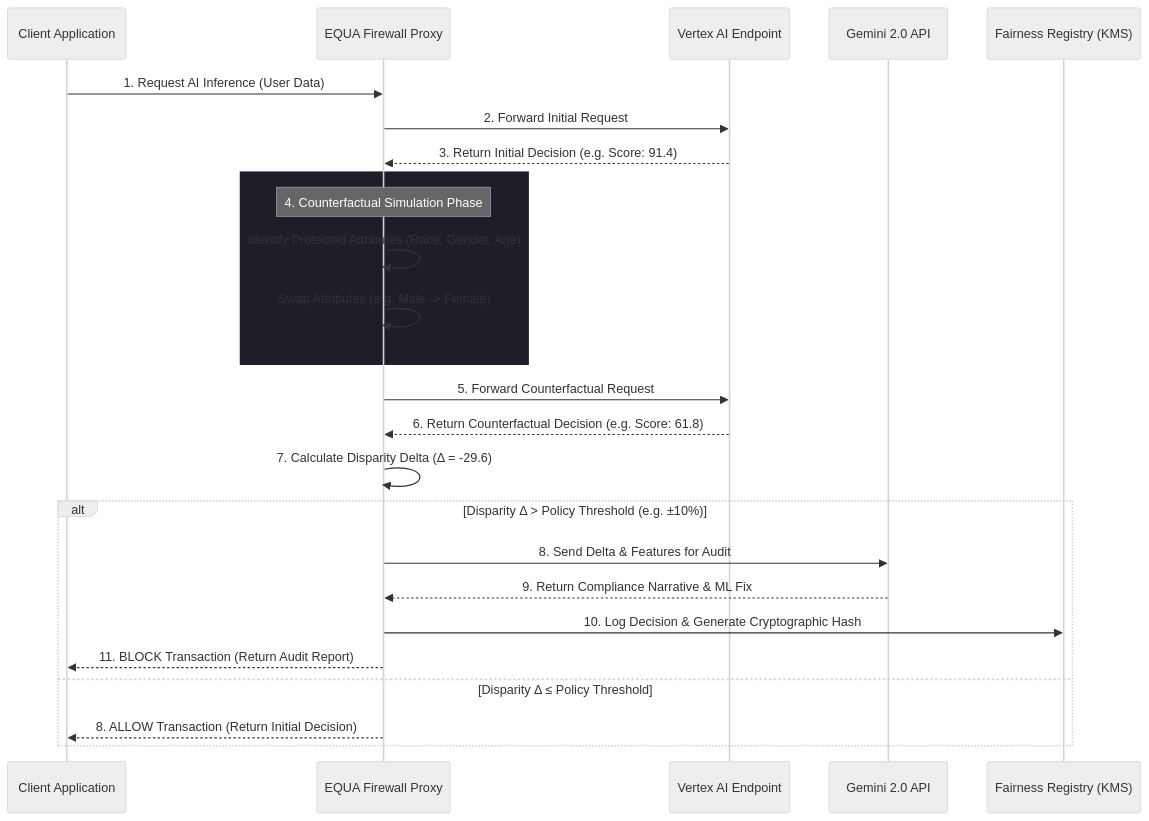
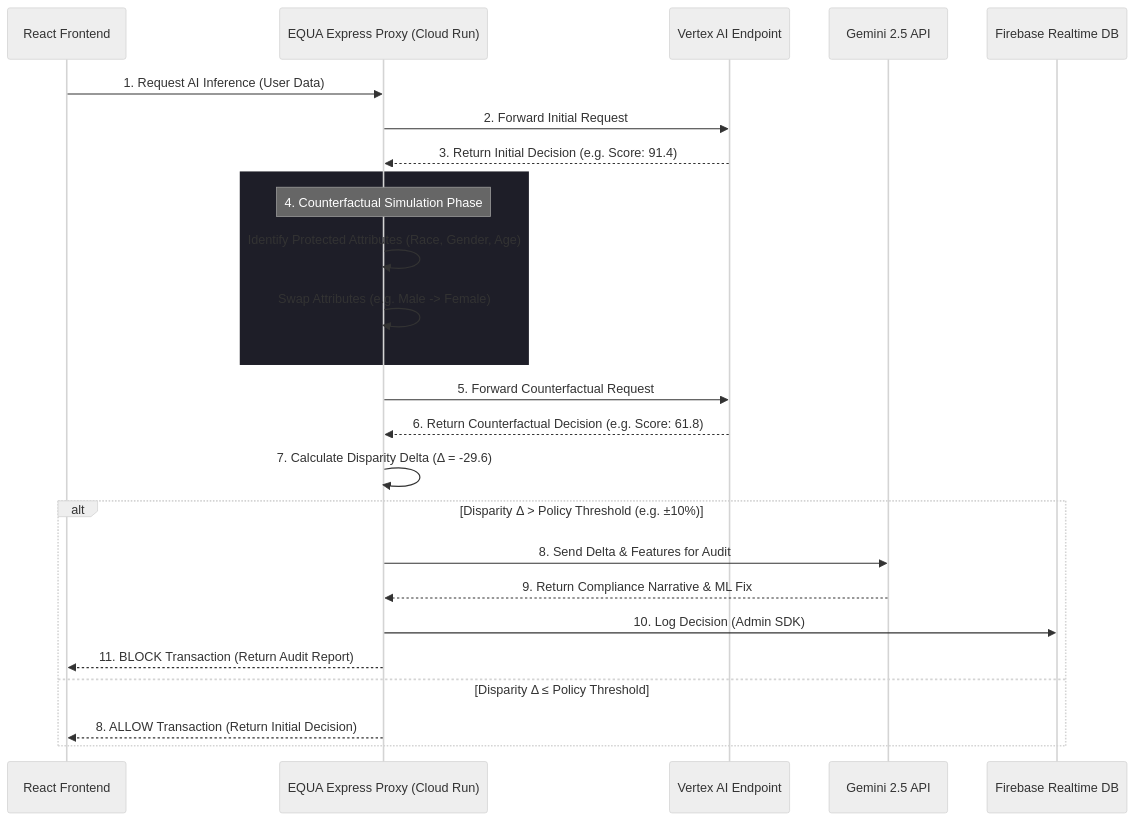
Before and after one commit to NEHANGRM/FairSight_AI: the diagram in README.md, drawn with Mermaid (neutral theme). The commit also changed other lines of this file and 12 other files, not shown here.

Commit message:
Feat: Migrate to secure backend proxy with Cloud Run, Docker, and Firebase integration; Update documentation

````diff
--- a/README.md
+++ b/README.md
@@ -44,32 +47,32 @@
 ```mermaid
 sequenceDiagram
-    participant Client as Client Application
-    participant Proxy as EQUA Firewall Proxy
+    participant Client as React Frontend
+    participant Proxy as EQUA Express Proxy (Cloud Run)
     participant AI as Vertex AI Endpoint
-    participant Gemini as Gemini 2.0 API
-    participant Registry as Fairness Registry (KMS)
+    participant Gemini as Gemini 2.5 API
+    participant RTDB as Firebase Realtime DB
 
     Client->>Proxy: 1. Request AI Inference (User Data)
     Proxy->>AI: 2. Forward Initial Request
     AI-->>Proxy: 3. Return Initial Decision (e.g. Score: 91.4)
     
     rect rgb(30, 30, 40)
     Note over Proxy: 4. Counterfactual Simulation Phase
     Proxy->>Proxy: Identify Protected Attributes (Race, Gender, Age)
     Proxy->>Proxy: Swap Attributes (e.g. Male -> Female)
     end
 
     Proxy->>AI: 5. Forward Counterfactual Request
     AI-->>Proxy: 6. Return Counterfactual Decision (e.g. Score: 61.8)
     
     Proxy->>Proxy: 7. Calculate Disparity Delta (Δ = -29.6)
     
     alt Disparity Δ > Policy Threshold (e.g. ±10%)
         Proxy->>Gemini: 8. Send Delta & Features for Audit
         Gemini-->>Proxy: 9. Return Compliance Narrative & ML Fix
-        Proxy->>Registry: 10. Log Decision & Generate Cryptographic Hash
+        Proxy->>RTDB: 10. Log Decision (Admin SDK)
         Proxy-->>Client: 11. BLOCK Transaction (Return Audit Report)
     else Disparity Δ ≤ Policy Threshold
         Proxy-->>Client: 8. ALLOW Transaction (Return Initial Decision)
     end
 ```
````
